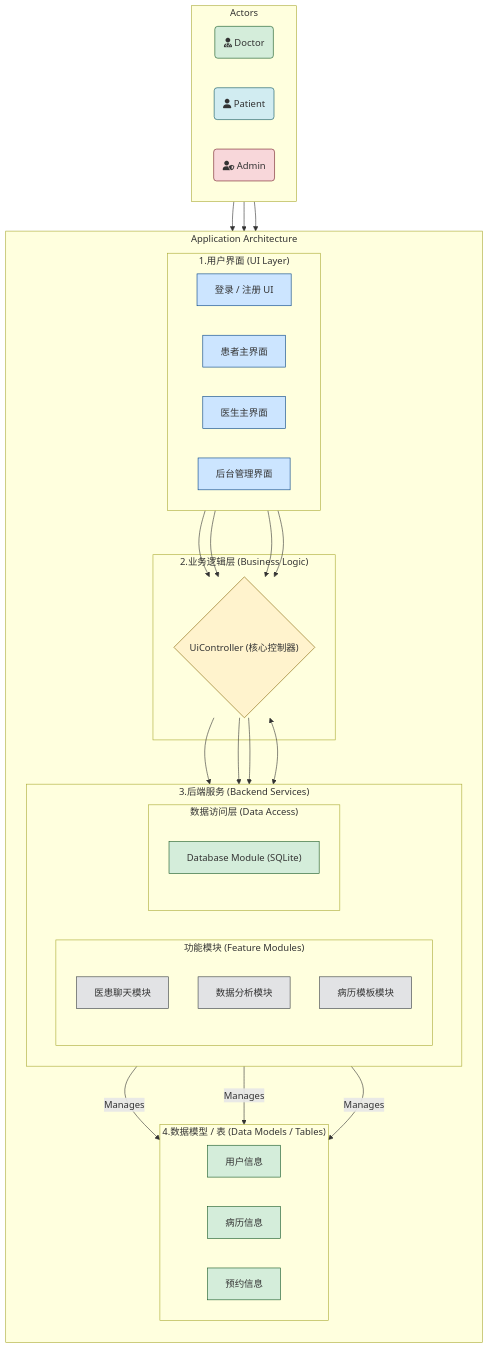
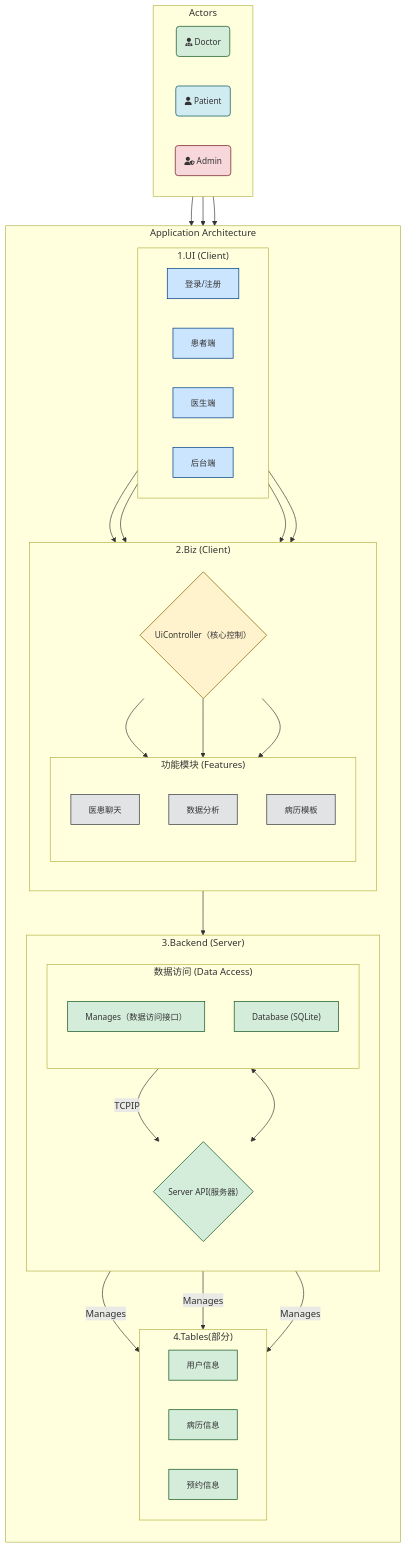
The first of 2 diagrams in README.md (laonuo2004/cpp-qt-medical-system), drawn with Mermaid before and after one commit.

Commit message:
总体模块视图——v2

````diff
--- a/README.md
+++ b/README.md
@@ -65,6 +65,6 @@
 ```mermaid
 graph TD
-    %% --- Actors: 定义用户角色 ---
+    %% --- Actors ---
     subgraph "Actors"
         direction LR
         Doctor(fa:fa-user-doctor Doctor)
@@ -72,78 +72,90 @@
         Admin(fa:fa-user-shield Admin)
     end
 
-    %% --- Application Architecture: 整个应用的核心结构 ---
+    %% --- App Architecture ---
     subgraph "Application Architecture"
         direction TB
 
-        %% 1. UI Layer: 更具体的界面划分
-        subgraph "1.用户界面 (UI Layer)"
+        %% 1. UI（客户端）
+        subgraph "1.UI (Client)"
             direction LR
-            LoginUI["登录 / 注册 UI"]
-            PatientUI["患者主界面"]
-            DoctorUI["医生主界面"]
-            AdminUI["后台管理界面"]
+            LoginUI["登录/注册"]
+            PatientUI["患者端"]
+            DoctorUI["医生端"]
+            AdminUI["后台端"]
         end
 
-        %% 2. Business Logic Layer: 核心控制器，保持不变
-        subgraph "2.业务逻辑层 (Business Logic)"
-            Controller{"UiController (核心控制器)"}
-        end
-
-        %% 3. Backend Layers: 功能模块和数据访问
-        subgraph "3.后端服务 (Backend Services)"
-            direction LR
-            
-            subgraph "功能模块 (Feature Modules)"
+        %% 2. 业务层（客户端）
+        subgraph "2.Biz (Client)"
+            direction TB
+            Controller{"UiController（核心控制）"}
+            subgraph "功能模块 (Features)"
                 direction TB
-                ChatModule["医患聊天模块"]
-                AnalysisModule["数据分析模块"]
-                TemplateModule["病历模板模块"]
-            end
-            
-            subgraph "数据访问层 (Data Access)"
-                direction TB
-                DBModule["Database Module (SQLite)"]
+                ChatModule["医患聊天"]
+                AnalysisModule["数据分析"]
+                TemplateModule["病历模板"]
             end
         end
 
-        %% 4. Data Models: 体现数据库产出的信息
-        subgraph "4.数据模型 / 表 (Data Models / Tables)"
+        %% 3. 后端（仅数据访问）
+        subgraph "3.Backend (Server)"
+            direction TB
+            ServerAPI{"Server API(服务器)"}
+            subgraph "数据访问 (Data Access)"
+                direction TB
+                Manages["Manages（数据访问接口）"]
+                DBModule["Database (SQLite)"]
+            end
+        end
+
+        %% 4. 数据模型
+        subgraph "4.Tables(部分)"
             direction LR
             UserInfo["用户信息"]
             MedicalRecords["病历信息"]
             Appointments["预约信息"]
         end
-
     end
 
-    %% --- Connections: 定义流程和依赖关系 ---
+    %% --- Connections ---
     Doctor & Patient & Admin --> LoginUI
     LoginUI --> Controller
     PatientUI --> Controller
     DoctorUI --> Controller
     AdminUI --> Controller
-    
+
+    %% 功能模块仍与 UiController 直连（客户端内调用）
     Controller --> ChatModule
     Controller --> AnalysisModule
     Controller --> TemplateModule
-    
-    Controller <--> DBModule
-    
+
+    %% 数据访问链路：Controller -> Manages -> ServerAPI -> DB
+    Controller --> Manages
+    Manages -->|TCPIP| ServerAPI
+    ServerAPI <--> DBModule
+
+    %% 数据模型由数据库模块管理（保留“Manages”语义）
     DBModule -- Manages --> UserInfo
     DBModule -- Manages --> MedicalRecords
     DBModule -- Manages --> Appointments
 
-    %% --- Styling ---
+    %% --- Styling（紧凑+深灰字+稍大字号）---
     style Doctor fill:#d4edda,stroke:#155724
     style Patient fill:#d1ecf1,stroke:#0c5460
     style Admin fill:#f8d7da,stroke:#721c24
-    classDef ui fill:#cce5ff,stroke:#004085
-    classDef logic fill:#fff3cd,stroke:#856404
-    classDef feature fill:#e2e3e5,stroke:#383d41
-    classDef data fill:#d4edda,stroke:#155724
+
+    classDef actor color:#333,font-size:14px,stroke-width:1.2px
+    classDef ui fill:#cce5ff,stroke:#004085,color:#333,font-size:14px,stroke-width:1.2px
+    classDef logic fill:#fff3cd,stroke:#856404,color:#333,font-size:14px,stroke-width:1.2px
+    classDef feature fill:#e2e3e5,stroke:#383d41,color:#333,font-size:14px,stroke-width:1.2px
+    classDef data fill:#d4edda,stroke:#155724,color:#333,font-size:14px,stroke-width:1.2px
+
+    class Doctor,Patient,Admin actor
     class LoginUI,PatientUI,DoctorUI,AdminUI ui
     class Controller logic
     class ChatModule,AnalysisModule,TemplateModule feature
-    class DBModule,UserInfo,MedicalRecords,Appointments data
+    class ServerAPI,Manages,DBModule,UserInfo,MedicalRecords,Appointments data
+
+    linkStyle default stroke-width:1.1px
+
 ```
````
